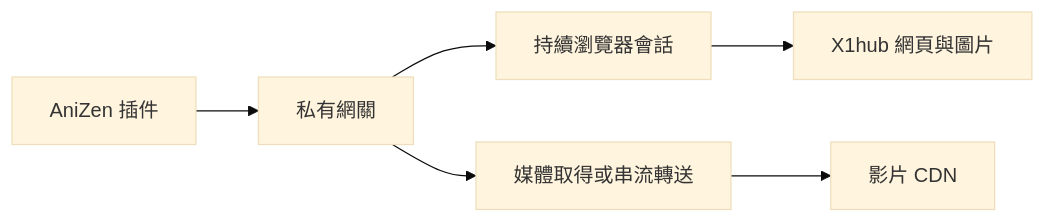
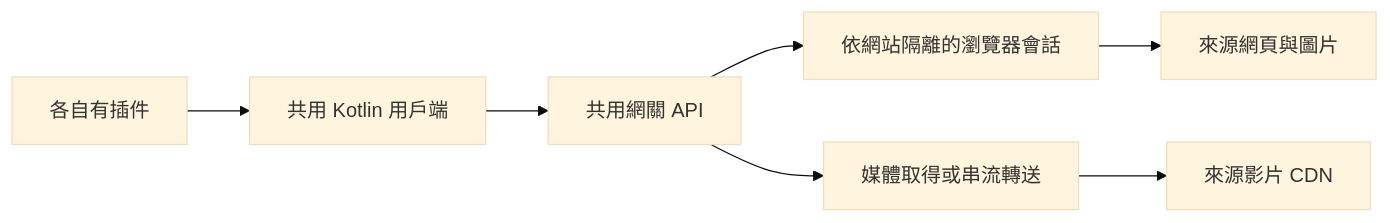
One commit to Supebuff/sb-extensions-source changed the diagram in docs/X1HUB_CLOUDFLARE_OPTIONS.md. Above: the diagram before and after it, drawn with Mermaid (base theme). The commit also changed other lines of this file and 2 other files, not shown here.

````diff
--- a/docs/X1HUB_CLOUDFLARE_OPTIONS.md
+++ b/docs/X1HUB_CLOUDFLARE_OPTIONS.md
@@ -40,8 +62,9 @@
 ```mermaid
 flowchart LR
-    A[AniZen 插件] --> B[私有網關]
-    B --> C[持續瀏覽器會話]
-    C --> D[X1hub 網頁與圖片]
+    A[各自有插件] --> K[共用 Kotlin 用戶端]
+    K --> B[共用網關 API]
+    B --> C[依網站隔離的瀏覽器會話]
+    C --> D[來源網頁與圖片]
     B --> E[媒體取得或串流轉送]
-    E --> F[影片 CDN]
+    E --> F[來源影片 CDN]
 ```
````
